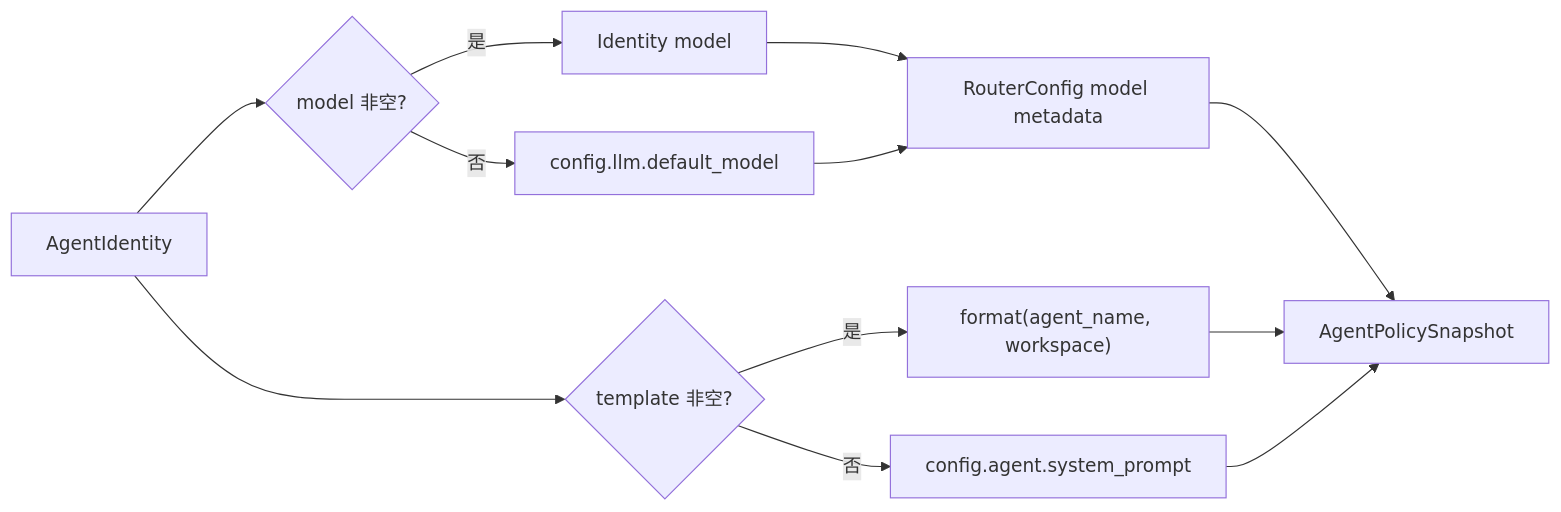
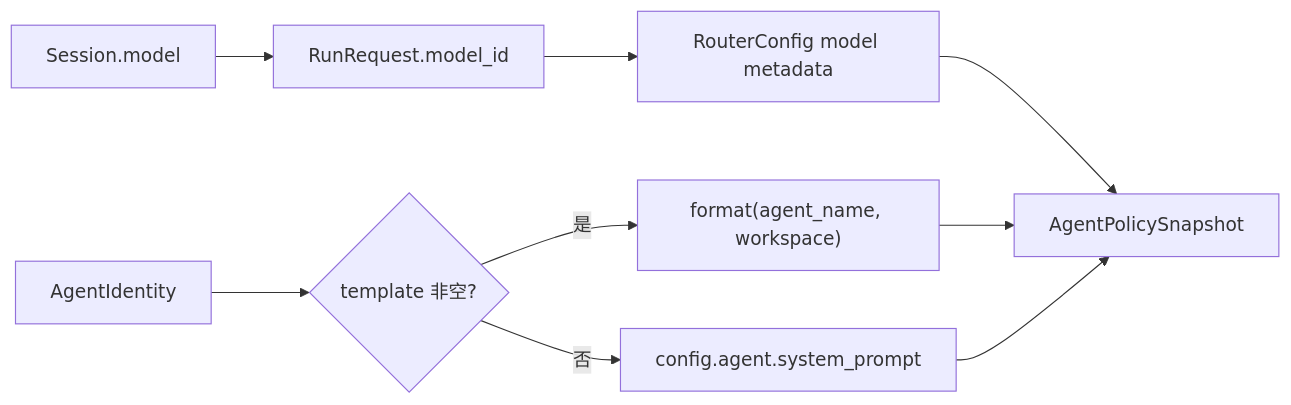
One commit to aandbcct/dotClaw changed diagram 12 of 19 in docs/wiki/Agent 与 Identity 模块总体说明.md. Above: the diagram before and after it, drawn with Mermaid. The commit also changed other lines of this file and 45 other files, not shown here.

````diff
--- a/docs/wiki/Agent 与 Identity 模块总体说明.md
+++ b/docs/wiki/Agent 与 Identity 模块总体说明.md
@@ -1297,16 +1286,12 @@
 ```mermaid
 flowchart LR
     Identity["AgentIdentity"] --> Prompt{"template 非空?"}
     Prompt -->|是| Format["format(agent_name, workspace)"]
     Prompt -->|否| GlobalPrompt["config.agent.system_prompt"]
 
-    Identity --> Model{"model 非空?"}
-    Model -->|是| IdentityModel["Identity model"]
-    Model -->|否| GlobalModel["config.llm.default_model"]
-
-    IdentityModel --> RouterMeta["RouterConfig model metadata"]
-    GlobalModel --> RouterMeta
+    Session["Session.model"] --> Request["RunRequest.model_id"]
+    Request --> RouterMeta["RouterConfig model metadata"]
     RouterMeta --> Snapshot["AgentPolicySnapshot"]
     Format --> Snapshot
     GlobalPrompt --> Snapshot
 ```
````
